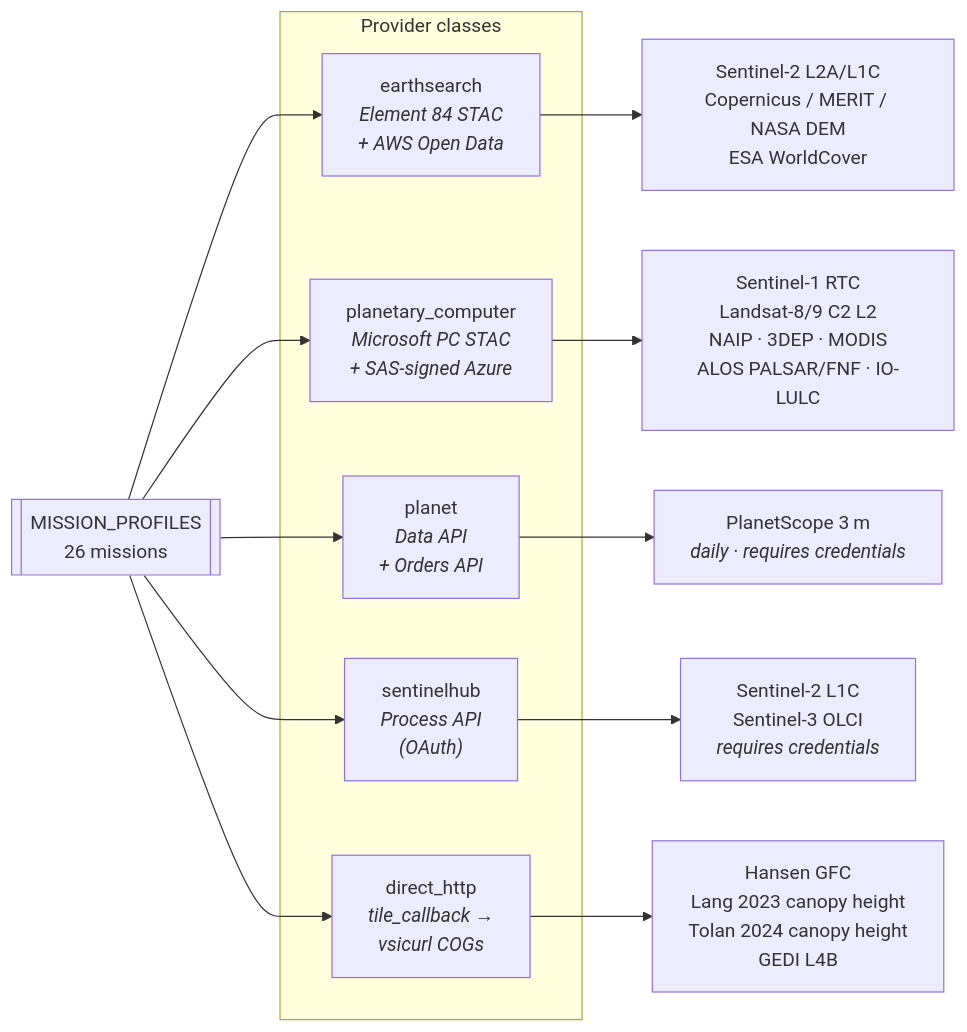
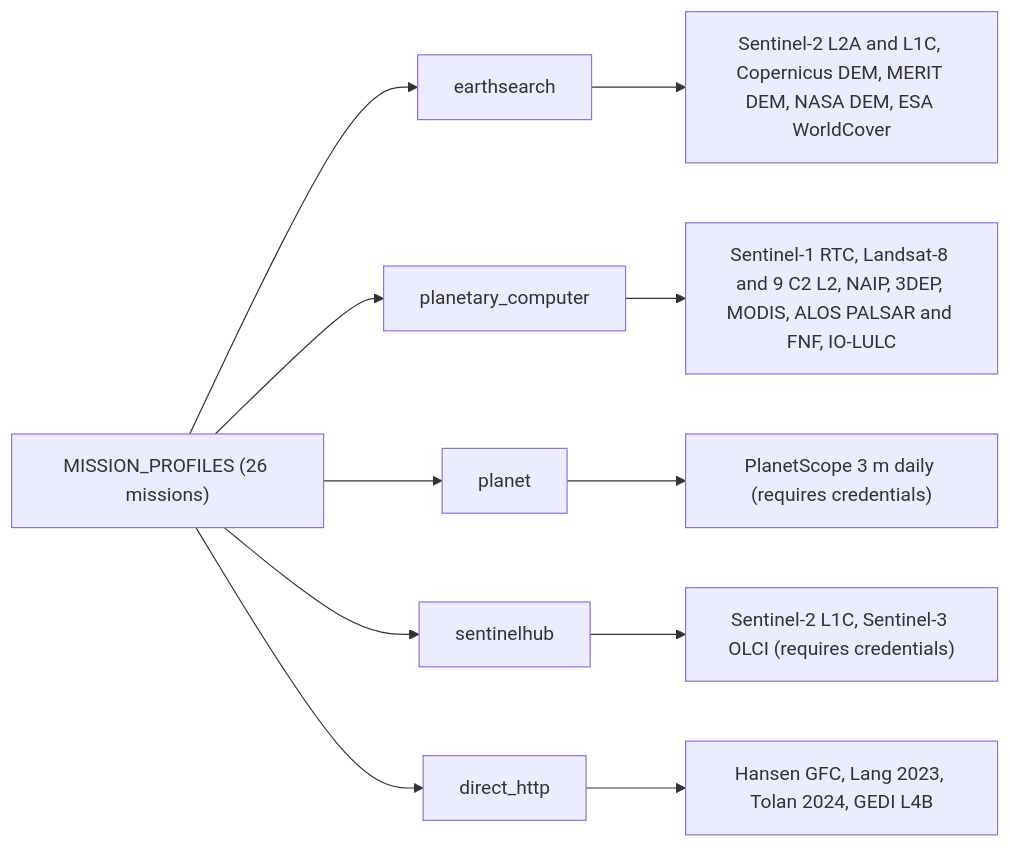
Before and after one commit to buckai-observatory/geoai-datacubes: the second of 2 diagrams in docs/architecture.md, drawn with Mermaid. The commit also changed other lines of this file, not shown here.

First line of the commit message:
docs(architecture): strip HTML from mermaid nodes so it renders (#25)

````diff
--- a/docs/architecture.md
+++ b/docs/architecture.md
@@ -58,24 +68,21 @@
 ```mermaid
 flowchart LR
-    MP[["MISSION_PROFILES<br/>26 missions"]]
+    MP["MISSION_PROFILES (26 missions)"]
+    ES["earthsearch"]
+    PC["planetary_computer"]
+    PL["planet"]
+    SH["sentinelhub"]
+    DH["direct_http"]
 
-    subgraph provs [Provider classes]
-        ES["earthsearch<br/><i>Element 84 STAC<br/>+ AWS Open Data</i>"]
-        PC["planetary_computer<br/><i>Microsoft PC STAC<br/>+ SAS-signed Azure</i>"]
-        PL["planet<br/><i>Data API<br/>+ Orders API</i>"]
-        SH["sentinelhub<br/><i>Process API<br/>(OAuth)</i>"]
-        DH["direct_http<br/><i>tile_callback →<br/>vsicurl COGs</i>"]
-    end
+    ES_M["Sentinel-2 L2A and L1C, Copernicus DEM, MERIT DEM, NASA DEM, ESA WorldCover"]
+    PC_M["Sentinel-1 RTC, Landsat-8 and 9 C2 L2, NAIP, 3DEP, MODIS, ALOS PALSAR and FNF, IO-LULC"]
+    PL_M["PlanetScope 3 m daily (requires credentials)"]
+    SH_M["Sentinel-2 L1C, Sentinel-3 OLCI (requires credentials)"]
+    DH_M["Hansen GFC, Lang 2023, Tolan 2024, GEDI L4B"]
 
-    MP --> ES
-    MP --> PC
-    MP --> PL
-    MP --> SH
-    MP --> DH
-
-    ES --> ES_M["Sentinel-2 L2A/L1C<br/>Copernicus / MERIT / NASA DEM<br/>ESA WorldCover"]
-    PC --> PC_M["Sentinel-1 RTC<br/>Landsat-8/9 C2 L2<br/>NAIP · 3DEP · MODIS<br/>ALOS PALSAR/FNF · IO-LULC"]
-    PL --> PL_M["PlanetScope 3&thinsp;m<br/><i>daily · requires credentials</i>"]
-    SH --> SH_M["Sentinel-2 L1C<br/>Sentinel-3 OLCI<br/><i>requires credentials</i>"]
-    DH --> DH_M["Hansen GFC<br/>Lang&nbsp;2023 canopy height<br/>Tolan&nbsp;2024 canopy height<br/>GEDI L4B"]
+    MP --> ES --> ES_M
+    MP --> PC --> PC_M
+    MP --> PL --> PL_M
+    MP --> SH --> SH_M
+    MP --> DH --> DH_M
 ```
````
